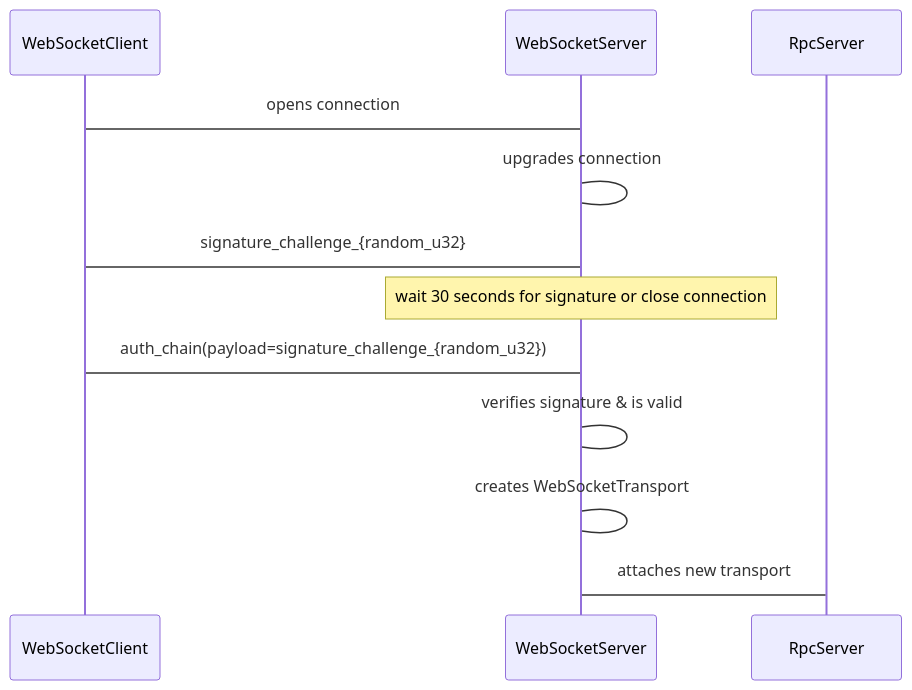
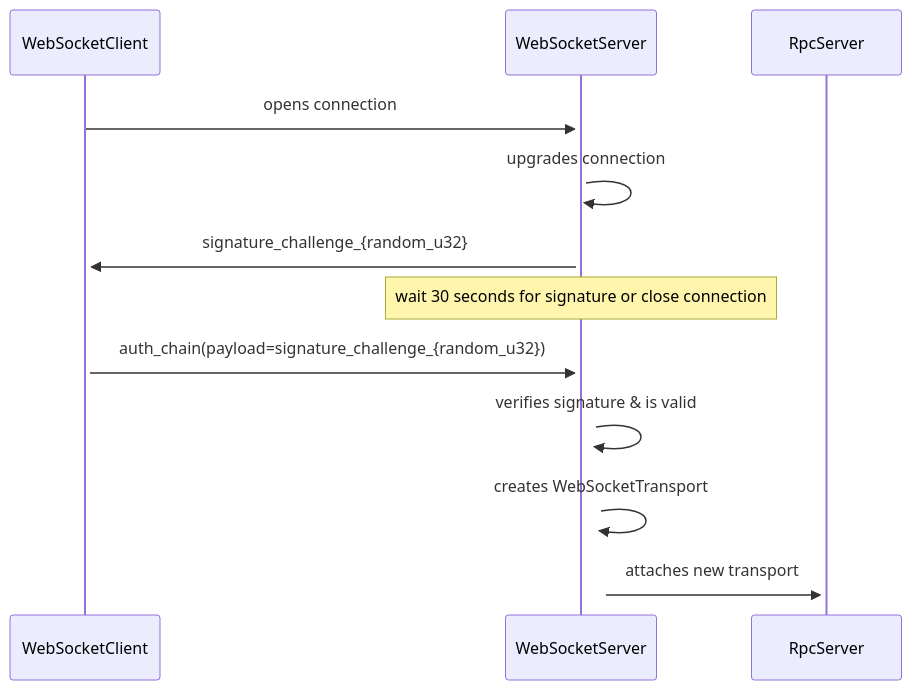
One commit to decentraland/adr changed the first of 2 diagrams in content/ADR-220-quests-rpc-login.md. Above: the diagram before and after it, drawn with Mermaid. The commit also changed other lines of this file, not shown here.

````diff
--- a/content/ADR-220-quests-rpc-login.md
+++ b/content/ADR-220-quests-rpc-login.md
@@ -37,11 +37,11 @@
 ```mermaid
 sequenceDiagram
-    WebSocketClient->WebSocketServer: opens connection
-    WebSocketServer->WebSocketServer: upgrades connection
-    WebSocketServer->WebSocketClient: signature_challenge_{random_u32}
+    WebSocketClient->>+WebSocketServer: opens connection
+    WebSocketServer->>+WebSocketServer: upgrades connection
+    WebSocketServer->>+WebSocketClient: signature_challenge_{random_u32}
     note over WebSocketServer: wait 30 seconds for signature or close connection
-    WebSocketClient->WebSocketServer: auth_chain(payload=signature_challenge_{random_u32})
-    WebSocketServer->WebSocketServer: verifies signature & is valid
-    WebSocketServer->WebSocketServer: creates WebSocketTransport
-    WebSocketServer->RpcServer: attaches new transport
+    WebSocketClient->>+WebSocketServer: auth_chain(payload=signature_challenge_{random_u32})
+    WebSocketServer->>+WebSocketServer: verifies signature & is valid
+    WebSocketServer->>+WebSocketServer: creates WebSocketTransport
+    WebSocketServer->>+RpcServer: attaches new transport
 ```
````
